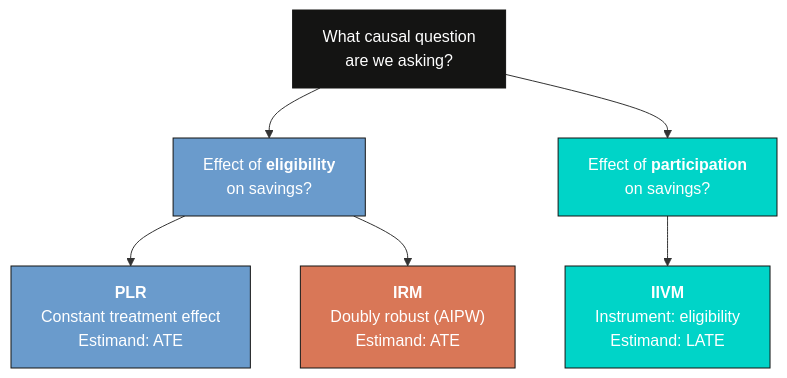
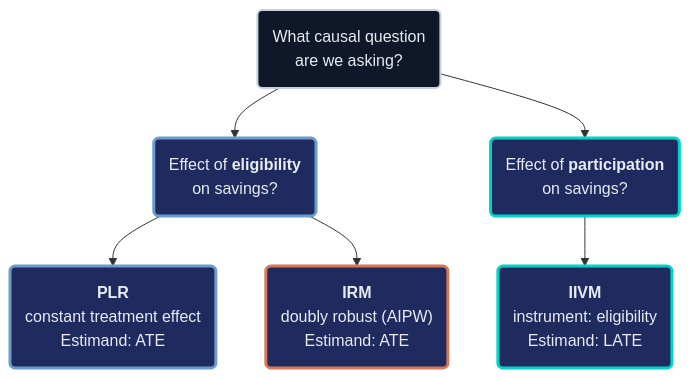
Before and after one commit to cmg777/starter-academic-v501: the second of 2 diagrams in content/post/python_doubleml_pension/references/tutorial.qmd, drawn with Mermaid. The commit also changed other lines of this file and 42 other files, not shown here.

First line of the commit message:
content(mermaid): restyle Mermaid copies in tutorial sources and the LaLonde slide deck

````diff
--- a/content/post/python_doubleml_pension/references/tutorial.qmd
+++ b/content/post/python_doubleml_pension/references/tutorial.qmd
@@ -143,15 +145,16 @@
 ```{mermaid}
 graph TD
-    Q["What causal question<br/>are we asking?"] --> A["Effect of <b>eligibility</b><br/>on savings?"]
-    Q --> B["Effect of <b>participation</b><br/>on savings?"]
-    A --> PLR["<b>PLR</b><br/>Constant treatment effect<br/>Estimand: ATE"]
-    A --> IRM["<b>IRM</b><br/>Doubly robust (AIPW)<br/>Estimand: ATE"]
-    B --> IIVM["<b>IIVM</b><br/>Instrument: eligibility<br/>Estimand: LATE"]
-
-    style Q fill:#141413,stroke:#141413,color:#fff
-    style A fill:#6a9bcc,stroke:#141413,color:#fff
-    style B fill:#00d4c8,stroke:#141413,color:#fff
-    style PLR fill:#6a9bcc,stroke:#141413,color:#fff
-    style IRM fill:#d97757,stroke:#141413,color:#fff
-    style IIVM fill:#00d4c8,stroke:#141413,color:#fff
+    Q("What causal question<br/>are we asking?") --> A("Effect of <b>eligibility</b><br/>on savings?")
+    Q --> B("Effect of <b>participation</b><br/>on savings?")
+    A --> PLR("<b>PLR</b><br/>constant treatment effect<br/>Estimand: ATE")
+    A --> IRM("<b>IRM</b><br/>doubly robust (AIPW)<br/>Estimand: ATE")
+    B --> IIVM("<b>IIVM</b><br/>instrument: eligibility<br/>Estimand: LATE")
+    classDef anchor fill:#0f1729,stroke:#c8d0e0,stroke-width:2px,color:#e8ecf2
+    classDef blue fill:#1f2b5e,stroke:#6a9bcc,stroke-width:3px,color:#e8ecf2
+    classDef teal fill:#1f2b5e,stroke:#00d4c8,stroke-width:3px,color:#e8ecf2
+    classDef orange fill:#1f2b5e,stroke:#d97757,stroke-width:3px,color:#e8ecf2
+    class Q anchor
+    class A,PLR blue
+    class B,IIVM teal
+    class IRM orange
 ```
````
